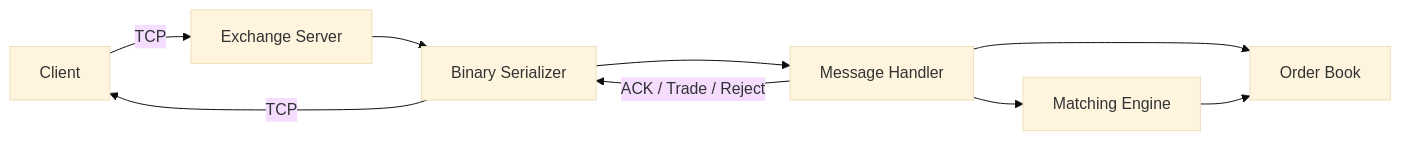
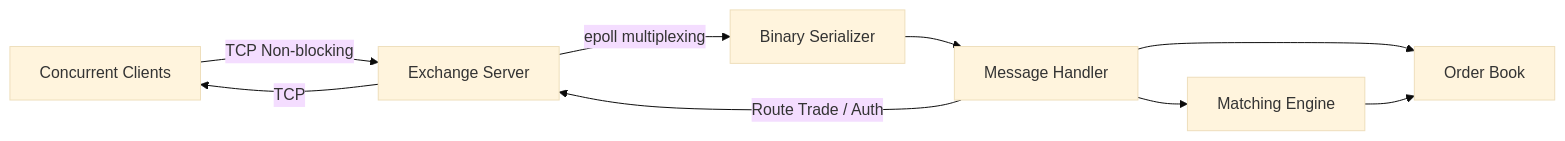
Before and after one commit to GlenFilson/exchange-simulator: the first of 2 diagrams in README.md, drawn with Mermaid (base theme). The commit also changed other lines of this file and 11 other files, not shown here.

````diff
--- a/README.md
+++ b/README.md
@@ -7,11 +7,11 @@
 ```mermaid
 graph LR
-    Client[Client] -->|TCP| Server[Exchange Server]
-    Server --> Serializer[Binary Serializer]
+    Clients[Concurrent Clients] -->|TCP Non-blocking|Server[Exchange Server]
+    Server -->|epoll multiplexing| Serializer[Binary Serializer]
     Serializer --> Handler[Message Handler]
     Handler --> ME[Matching Engine]
     Handler --> OB[Order Book]
     ME --> OB
-    Handler -->|ACK / Trade / Reject| Serializer
-    Serializer -->|TCP| Client
+    Handler -->|Route Trade / Auth| Server
+    Server -->|TCP| Clients
 ```
````
